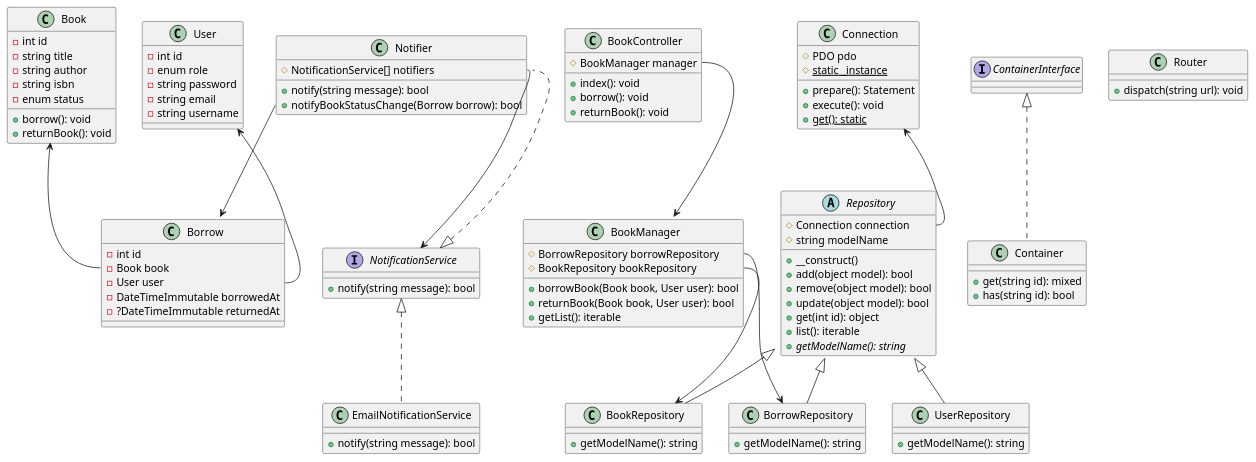
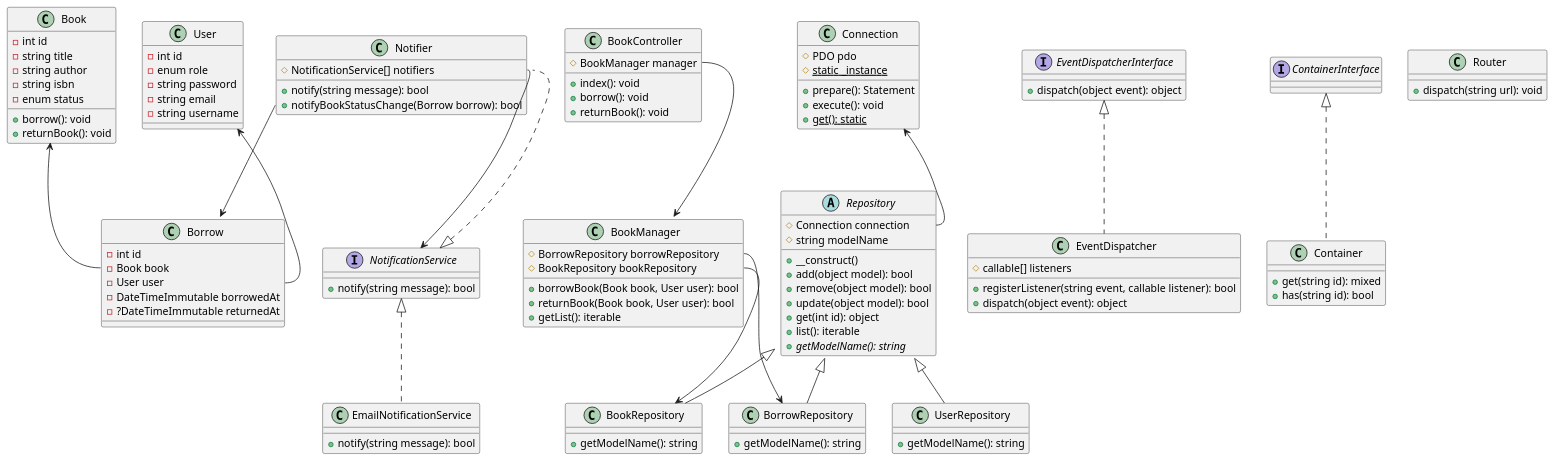
The diagram in app.puml (Tiriel/training-12-08-24), drawn with PlantUML before and after one commit. The commit also changed 1 other file, not shown here.

Commit message:
Add Dispatcher

```diff
--- a/app.puml
+++ b/app.puml
@@ -1,107 +1,117 @@
 @startuml
 'https://plantuml.com/class-diagram
 
 class Book {
     - int id
     - string title
     - string author
     - string isbn
     - enum status
     + borrow(): void
     + returnBook(): void
 }
 
 class User {
     - int id
     - enum role
     - string password
     - string email
     - string username
 }
 
 class Borrow {
     - int id
     - Book book
     - User user
     - DateTimeImmutable borrowedAt
     - ?DateTimeImmutable returnedAt
 }
 
 class Connection {
     # PDO pdo
     # {static} static _instance
     + prepare(): Statement
     + execute(): void
     + {static} get(): static
 }
 
 abstract class Repository {
     # Connection connection
     # string modelName
     + __construct()
     + add(object model): bool
     + remove(object model): bool
     + update(object model): bool
     + get(int id): object
     + list(): iterable
     + {abstract} getModelName(): string
 }
 
 class BookRepository extends Repository {
     + getModelName(): string
 }
 class UserRepository extends Repository {
     + getModelName(): string
 }
 class BorrowRepository extends Repository {
     + getModelName(): string
 }
 
+interface EventDispatcherInterface {
+    + dispatch(object event): object
+}
+
+class EventDispatcher implements EventDispatcherInterface {
+    # callable[] listeners
+    + registerListener(string event, callable listener): bool
+    + dispatch(object event): object
+}
+
 class BookManager {
     # BorrowRepository borrowRepository
     # BookRepository bookRepository
     + borrowBook(Book book, User user): bool
     + returnBook(Book book, User user): bool
     + getList(): iterable
 }
 
 interface NotificationService {
     + notify(string message): bool
 }
 
 class Notifier implements NotificationService {
     # NotificationService[] notifiers
     + notify(string message): bool
     + notifyBookStatusChange(Borrow borrow): bool
 }
 
 class EmailNotificationService implements NotificationService {
     + notify(string message): bool
 }
 
 class BookController {
     # BookManager manager
     + index(): void
     + borrow(): void
     + returnBook(): void
 }
 
 class Container implements ContainerInterface {
     + get(string id): mixed
     + has(string id): bool
 }
 
 class Router {
     + dispatch(string url): void
 }
 
 Book <-- Borrow::book
 User <-- Borrow::user
 Connection <-- Repository::connection
 BookManager::bookRepository --> BookRepository
 BookManager::borrowRepository --> BorrowRepository
 Notifier::notifiers --> NotificationService
 Notifier::notifyBookStatusChange --> Borrow
 BookController::manager --> BookManager
 
 @enduml
```
